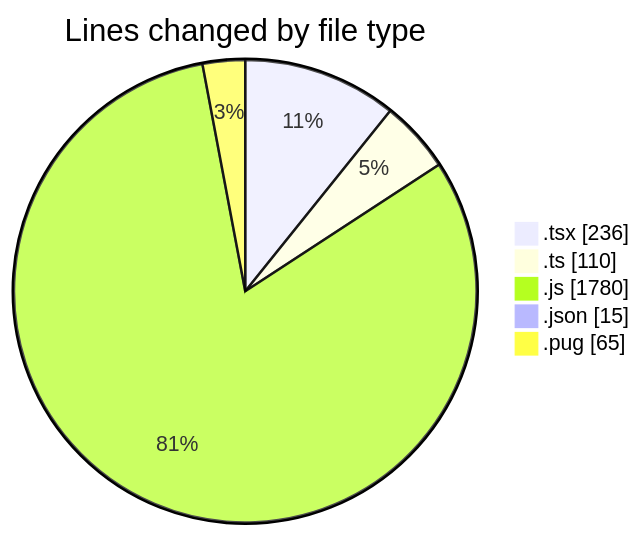
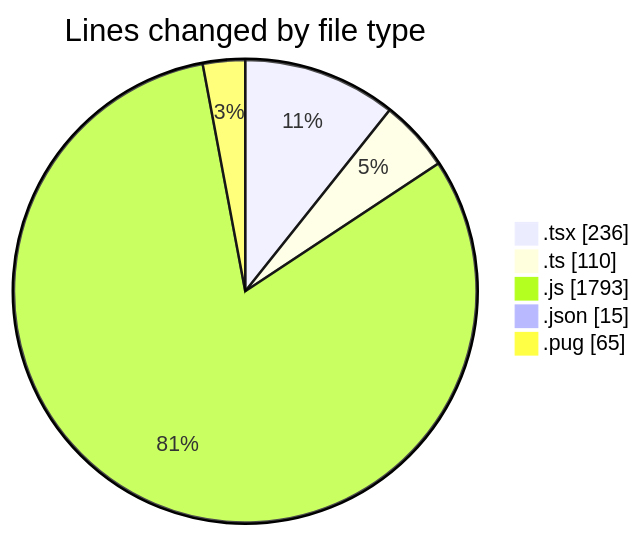
The first of 2 diagrams in 2025-03-24/cda/README.md (momahboobian/code-tracking), drawn with Mermaid before and after one commit. The commit also changed other lines of this file and 1 other file, not shown here.

````diff
--- a/2025-03-24/cda/README.md
+++ b/2025-03-24/cda/README.md
@@ -30,9 +30,9 @@
 ```mermaid
 pie showData
 title Lines changed by file type
 ".tsx" : 236
 ".ts" : 110
-".js" : 1780
+".js" : 1793
 ".json" : 15
 ".pug" : 65
 ```
````
